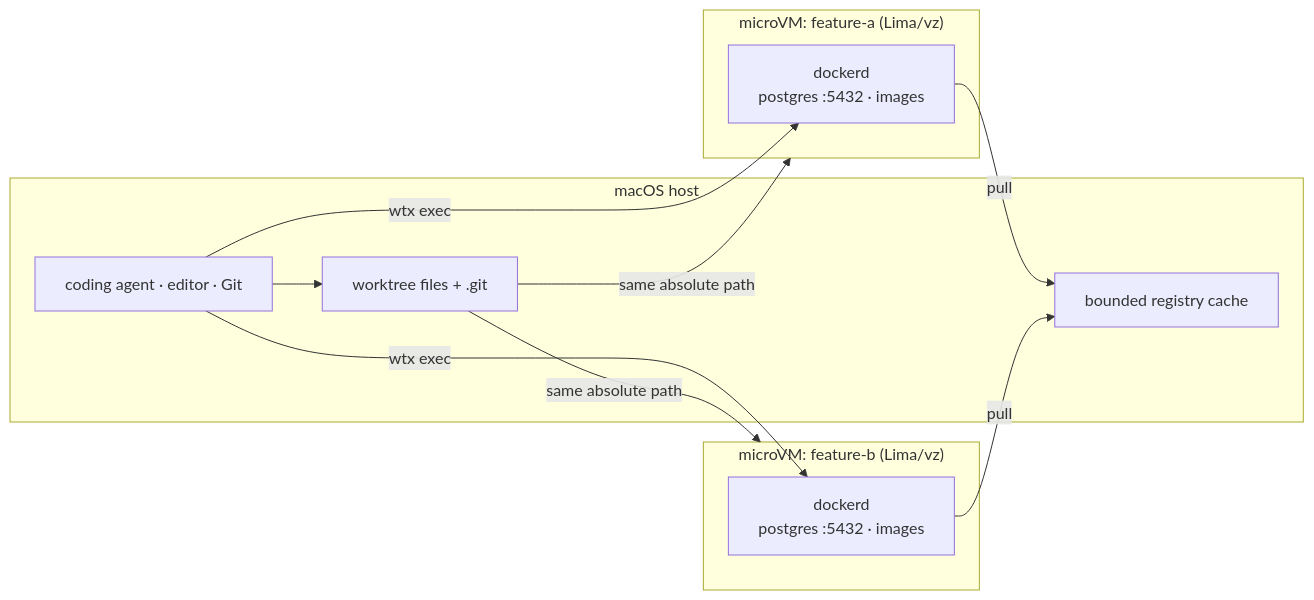
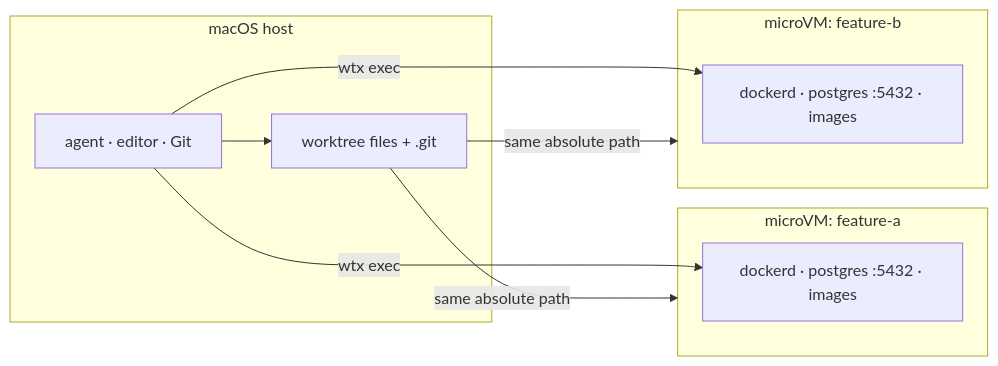
One commit to rakutek/wtx changed the diagram in README.ja.md. Above: the diagram before and after it, drawn with Mermaid. The commit also changed other lines of this file and 4 other files, not shown here.

````diff
--- a/README.ja.md
+++ b/README.ja.md
@@ -109,21 +103,18 @@
 ```mermaid
 flowchart LR
     subgraph HOST["macOS host"]
-        AG["coding agent · editor · Git"]
+        AG["agent · editor · Git"]
         WT["worktree files + .git"]
-        MIRROR["bounded registry cache"]
         AG --> WT
     end
-    subgraph VMA["microVM: feature-a (Lima/vz)"]
-        AD["dockerd<br/>postgres :5432 · images"]
+    subgraph A["microVM: feature-a"]
+        AD["dockerd · postgres :5432 · images"]
     end
-    subgraph VMB["microVM: feature-b (Lima/vz)"]
-        BD["dockerd<br/>postgres :5432 · images"]
+    subgraph B["microVM: feature-b"]
+        BD["dockerd · postgres :5432 · images"]
     end
-    WT -->|"same absolute path"| VMA
-    WT -->|"same absolute path"| VMB
+    WT -->|"same absolute path"| A
+    WT -->|"same absolute path"| B
     AG -->|"wtx exec"| AD
     AG -->|"wtx exec"| BD
-    AD -->|pull| MIRROR
-    BD -->|pull| MIRROR
 ```
````
